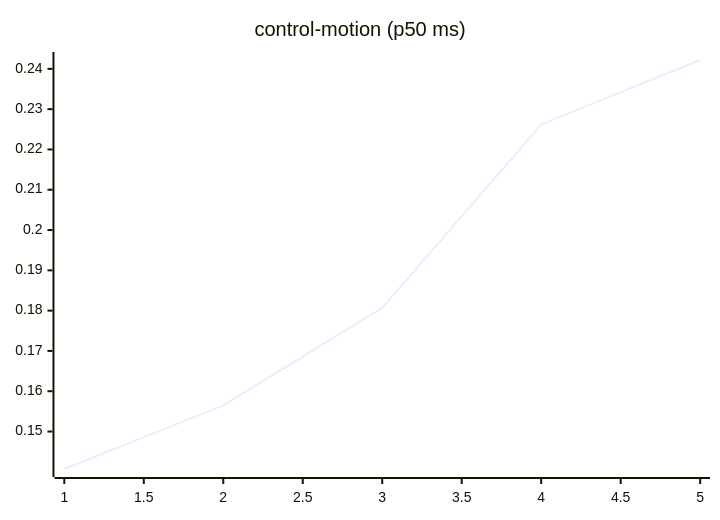
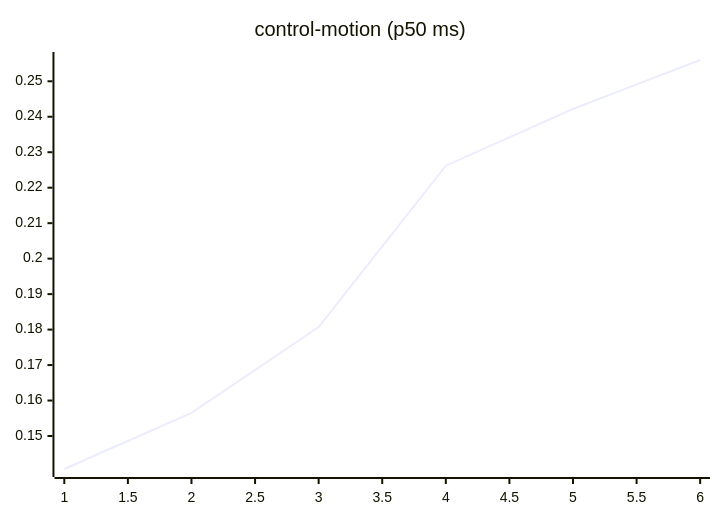
One commit to josha/Facet changed the seventh of 27 diagrams in README.md. Above: the diagram before and after it, drawn with Mermaid. The commit also changed other lines of this file and 2 other files, not shown here.

````diff
--- a/README.md
+++ b/README.md
@@ -105,6 +105,6 @@
 ```mermaid
 xychart-beta
     title "control-motion (p50 ms)"
-    x-axis 1 --> 5
-    line [0.1407, 0.1565, 0.1807, 0.2262, 0.2422]
+    x-axis 1 --> 6
+    line [0.1407, 0.1565, 0.1807, 0.2262, 0.2422, 0.2560]
 ```
````
